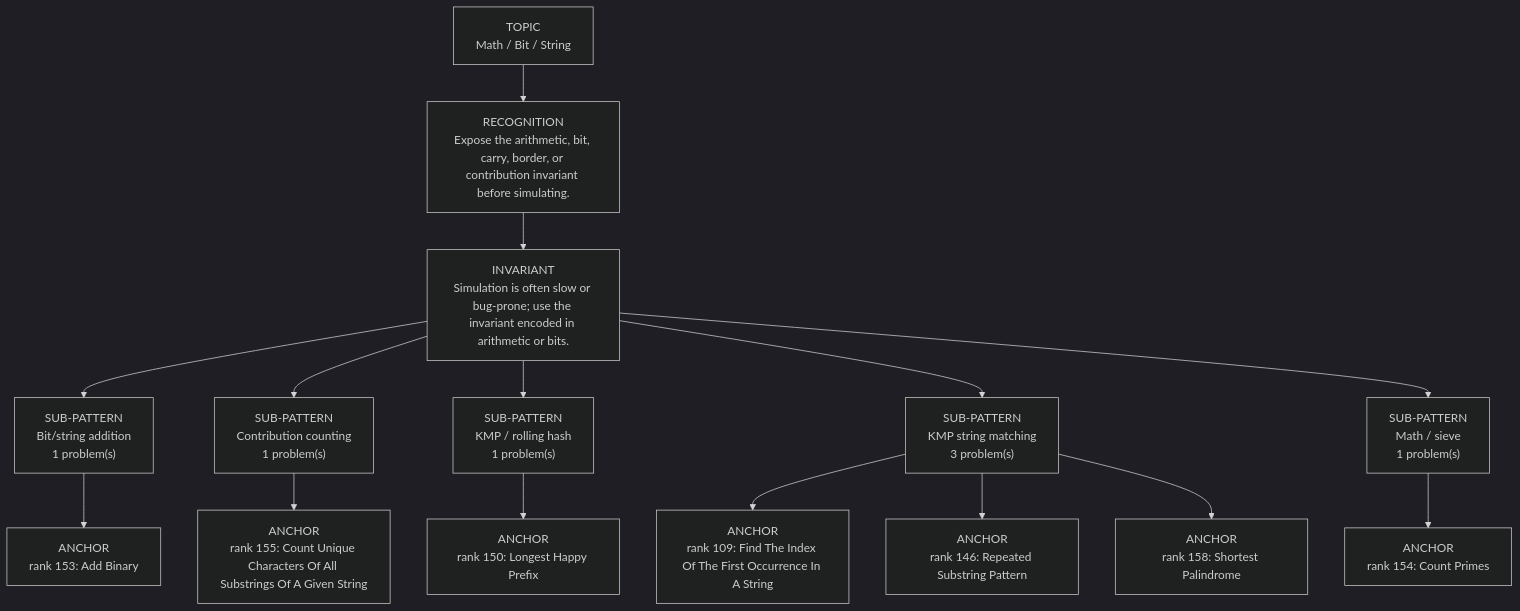
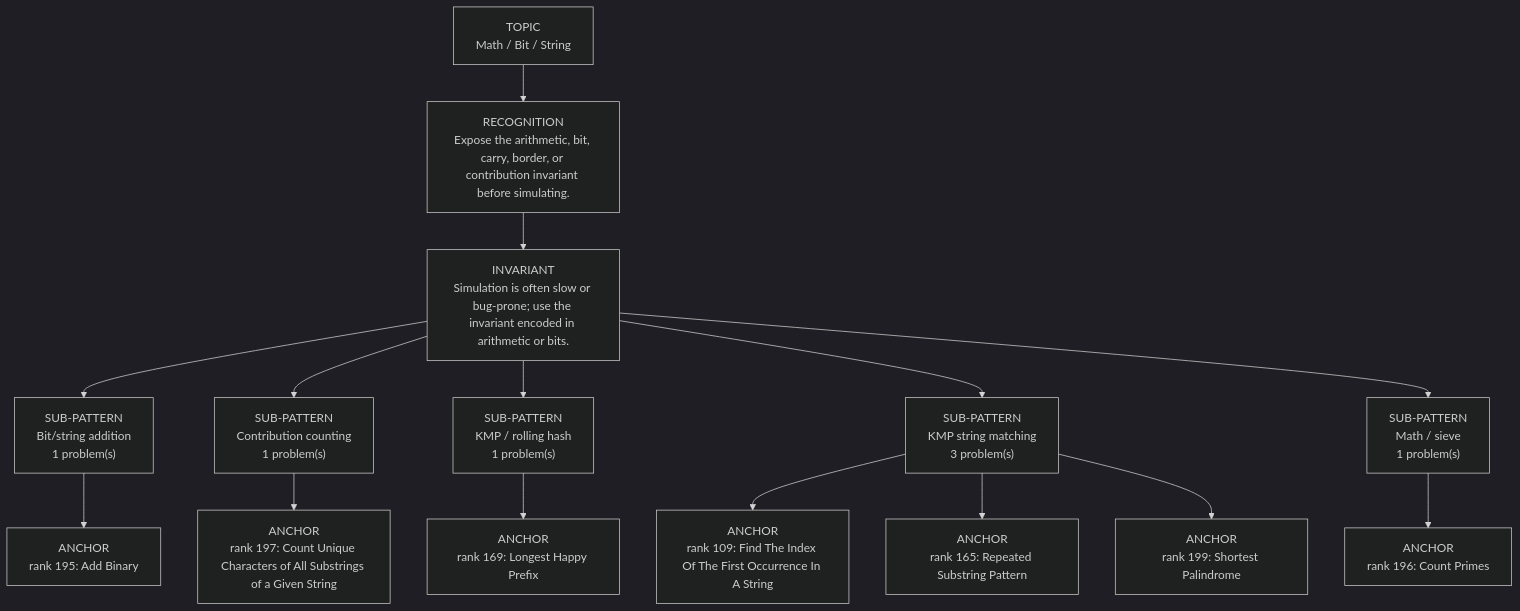
One commit to thechiranjeevjain/DSA10days changed the diagram in dsa-review/interview/patterns/19_math_bit_string.md. Above: the diagram before and after it, drawn with Mermaid (dark theme). The commit also changed other lines of this file and 36 other files, not shown here.

````diff
--- a/dsa-review/interview/patterns/19_math_bit_string.md
+++ b/dsa-review/interview/patterns/19_math_bit_string.md
@@ -15,19 +15,19 @@
 ```mermaid
 flowchart TD
   Topic["TOPIC<br/>Math / Bit / String"]
   Recognition["RECOGNITION<br/>Expose the arithmetic, bit, carry, border, or contribution invariant before simulating."]
   Invariant["INVARIANT<br/>Simulation is often slow or bug-prone; use the invariant encoded in arithmetic or bits."]
   Topic --> Recognition --> Invariant
   Invariant --> Sub01["SUB-PATTERN<br/>Bit/string addition<br/>1 problem(s)"]
-  Sub01 --> Sub01A01["ANCHOR<br/>rank 153: Add Binary"]
+  Sub01 --> Sub01A01["ANCHOR<br/>rank 195: Add Binary"]
   Invariant --> Sub02["SUB-PATTERN<br/>Contribution counting<br/>1 problem(s)"]
-  Sub02 --> Sub02A01["ANCHOR<br/>rank 155: Count Unique Characters Of All Substrings Of A Given String"]
+  Sub02 --> Sub02A01["ANCHOR<br/>rank 197: Count Unique Characters of All Substrings of a Given String"]
   Invariant --> Sub03["SUB-PATTERN<br/>KMP / rolling hash<br/>1 problem(s)"]
-  Sub03 --> Sub03A01["ANCHOR<br/>rank 150: Longest Happy Prefix"]
+  Sub03 --> Sub03A01["ANCHOR<br/>rank 169: Longest Happy Prefix"]
   Invariant --> Sub04["SUB-PATTERN<br/>KMP string matching<br/>3 problem(s)"]
   Sub04 --> Sub04A01["ANCHOR<br/>rank 109: Find The Index Of The First Occurrence In A String"]
-  Sub04 --> Sub04A02["ANCHOR<br/>rank 146: Repeated Substring Pattern"]
-  Sub04 --> Sub04A03["ANCHOR<br/>rank 158: Shortest Palindrome"]
+  Sub04 --> Sub04A02["ANCHOR<br/>rank 165: Repeated Substring Pattern"]
+  Sub04 --> Sub04A03["ANCHOR<br/>rank 199: Shortest Palindrome"]
   Invariant --> Sub05["SUB-PATTERN<br/>Math / sieve<br/>1 problem(s)"]
-  Sub05 --> Sub05A01["ANCHOR<br/>rank 154: Count Primes"]
+  Sub05 --> Sub05A01["ANCHOR<br/>rank 196: Count Primes"]
 ```
````
